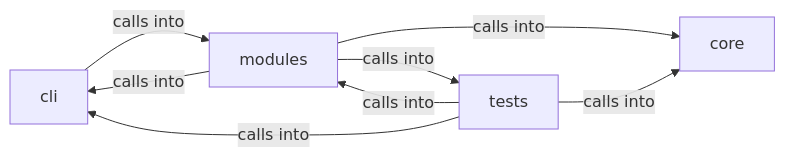
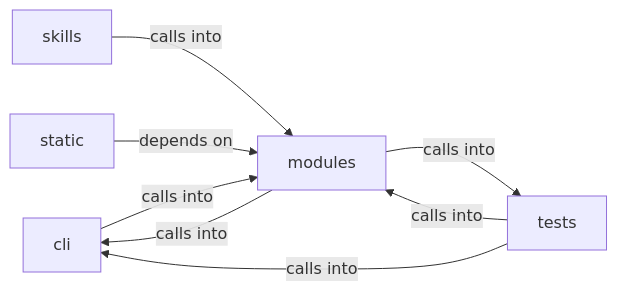
One commit to grisuno/LazyOwn changed the diagram in readmenator-diagrams/modules_chain_runner.md. Above: the diagram before and after it, drawn with Mermaid. The commit also changed other lines of this file and 768 other files, not shown here.

````diff
--- a/readmenator-diagrams/modules_chain_runner.md
+++ b/readmenator-diagrams/modules_chain_runner.md
@@ -5,14 +5,15 @@
 ```mermaid
 graph LR
     cli["cli"]
-    core["core"]
     modules["modules"]
+    skills["skills"]
+    static["static"]
     tests["tests"]
     cli -- "calls into" --> modules
     modules -- "calls into" --> cli
-    modules -- "calls into" --> core
     modules -- "calls into" --> tests
+    skills -- "calls into" --> modules
+    static -- "depends on" --> modules
     tests -- "calls into" --> cli
-    tests -- "calls into" --> core
     tests -- "calls into" --> modules
 ```
````
